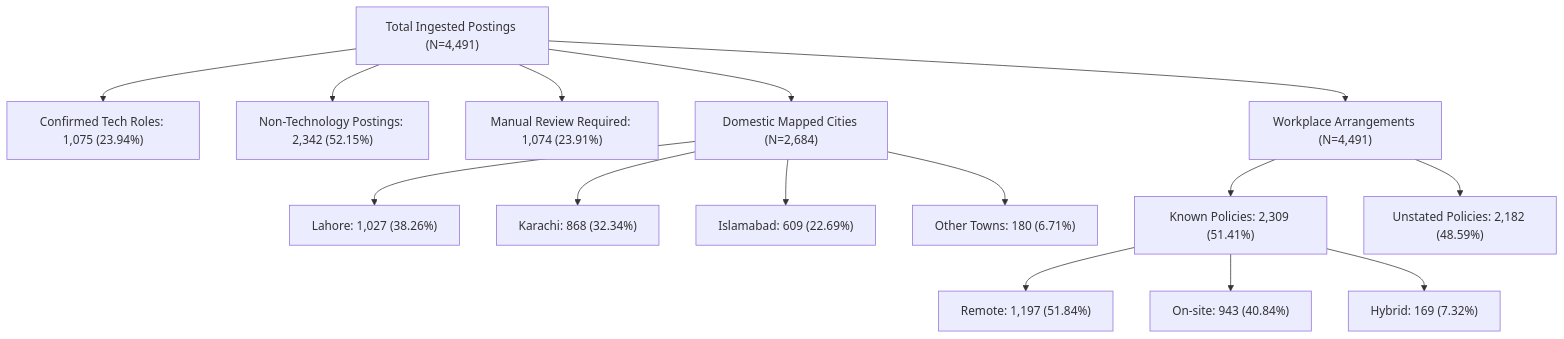
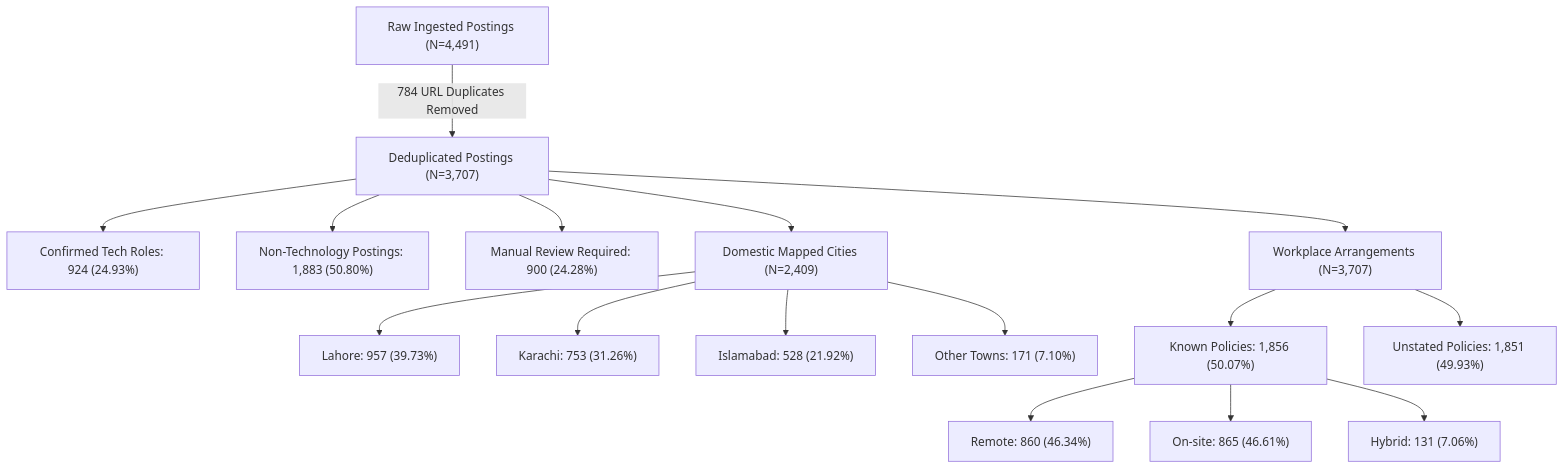
Before and after one commit to Awaisbacha55/hiretrends-pakistan-job-market: the diagram in README.md, drawn with Mermaid. The commit also changed other lines of this file and 36 other files, not shown here.

````diff
--- a/README.md
+++ b/README.md
@@ -109,19 +108,20 @@
 ```mermaid
 flowchart TD
-    Total["Total Ingested Postings (N=4,491)"] --> Tech["Confirmed Tech Roles: 1,075 (23.94%)"]
-    Total --> NonTech["Non-Technology Postings: 2,342 (52.15%)"]
-    Total --> Review["Manual Review Required: 1,074 (23.91%)"]
+    Raw["Raw Ingested Postings (N=4,491)"] -->|"784 URL Duplicates Removed"| Total["Deduplicated Postings (N=3,707)"]
+    Total --> Tech["Confirmed Tech Roles: 924 (24.93%)"]
+    Total --> NonTech["Non-Technology Postings: 1,883 (50.80%)"]
+    Total --> Review["Manual Review Required: 900 (24.28%)"]
     
-    Total --> MappedLoc["Domestic Mapped Cities (N=2,684)"]
-    MappedLoc --> LHE["Lahore: 1,027 (38.26%)"]
-    MappedLoc --> KHI["Karachi: 868 (32.34%)"]
-    MappedLoc --> ISB["Islamabad: 609 (22.69%)"]
-    MappedLoc --> Other["Other Towns: 180 (6.71%)"]
+    Total --> MappedLoc["Domestic Mapped Cities (N=2,409)"]
+    MappedLoc --> LHE["Lahore: 957 (39.73%)"]
+    MappedLoc --> KHI["Karachi: 753 (31.26%)"]
+    MappedLoc --> ISB["Islamabad: 528 (21.92%)"]
+    MappedLoc --> Other["Other Towns: 171 (7.10%)"]
     
-    Total --> WP["Workplace Arrangements (N=4,491)"]
-    WP --> Known["Known Policies: 2,309 (51.41%)"]
-    Known --> Remote["Remote: 1,197 (51.84%)"]
-    Known --> Onsite["On-site: 943 (40.84%)"]
-    Known --> Hybrid["Hybrid: 169 (7.32%)"]
-    WP --> Unstated["Unstated Policies: 2,182 (48.59%)"]
+    Total --> WP["Workplace Arrangements (N=3,707)"]
+    WP --> Known["Known Policies: 1,856 (50.07%)"]
+    Known --> Remote["Remote: 860 (46.34%)"]
+    Known --> Onsite["On-site: 865 (46.61%)"]
+    Known --> Hybrid["Hybrid: 131 (7.06%)"]
+    WP --> Unstated["Unstated Policies: 1,851 (49.93%)"]
 ```
````
